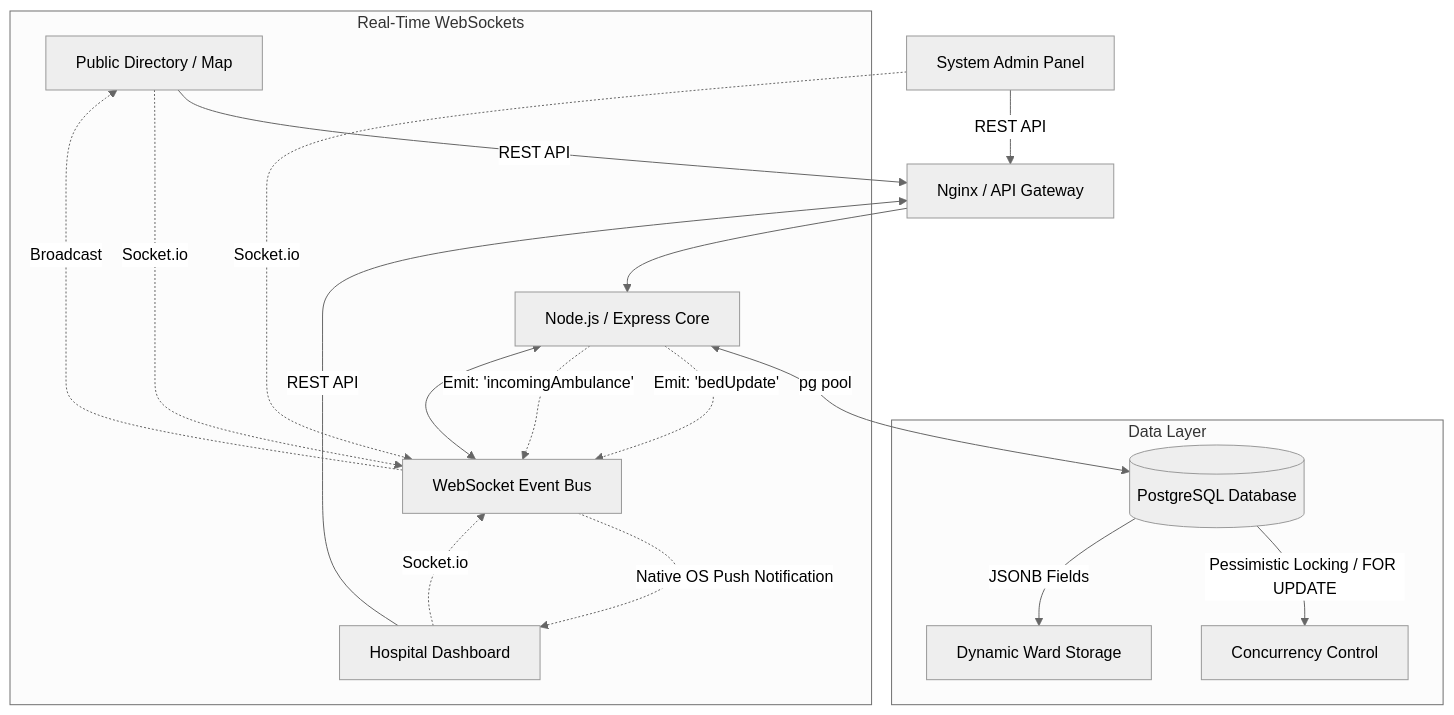
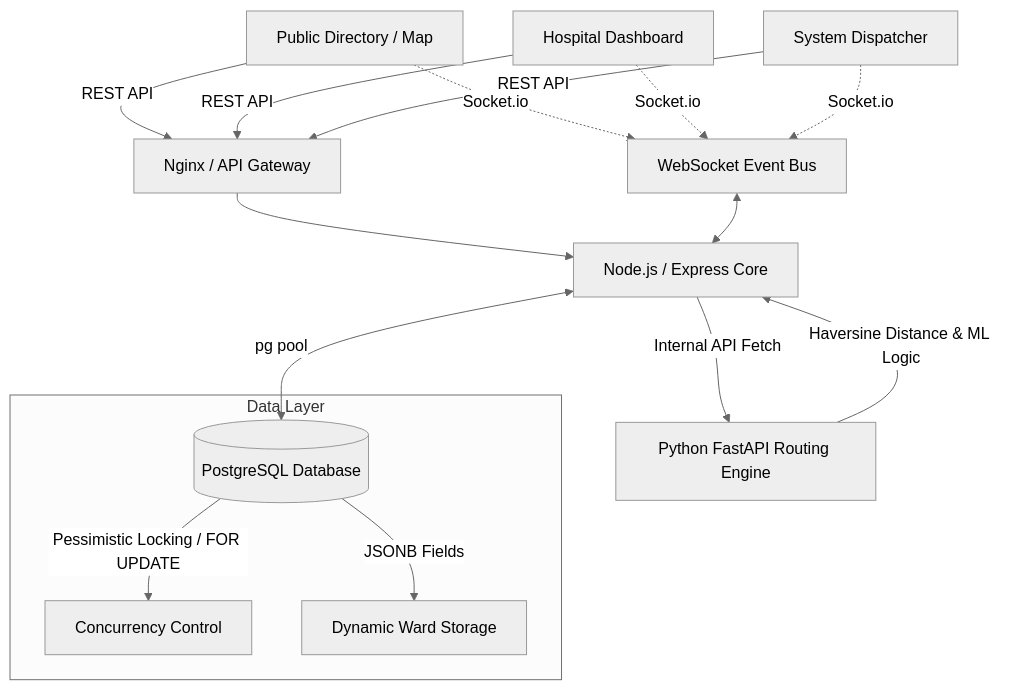
The diagram in docs/architecture.md (rid-coder-70/hospital-bed-system), drawn with Mermaid (neutral theme) before and after one commit. The commit also changed other lines of this file, not shown here.

Commit message:
docs: Update architecture diagram to include AI microservice and rename SysAdmin to Dispatcher.

````diff
--- a/docs/architecture.md
+++ b/docs/architecture.md
@@ -9,33 +10,29 @@
 ```mermaid
 graph TD
     %% Core Frontends
     Patient[Public Directory / Map] --> |REST API| LoadBalancer[Nginx / API Gateway]
     HospitalAdmin[Hospital Dashboard] --> |REST API| LoadBalancer
-    SysAdmin[System Admin Panel] --> |REST API| LoadBalancer
+    Dispatcher[System Dispatcher] --> |REST API| LoadBalancer
 
     %% Real-Time Events
     Patient -.-> |Socket.io| WSS[WebSocket Event Bus]
     HospitalAdmin -.-> |Socket.io| WSS
-    SysAdmin -.-> |Socket.io| WSS
+    Dispatcher -.-> |Socket.io| WSS
 
     %% Backend Services
     LoadBalancer --> NodeServer[Node.js / Express Core]
     WSS <--> NodeServer
+    
+    %% AI Microservice
+    NodeServer --> |Internal API Fetch| AIService[Python FastAPI Routing Engine]
+    AIService --> |Haversine Distance & ML Logic| NodeServer
 
     %% Data Layer
     NodeServer <--> |pg pool| Postgres[(PostgreSQL Database)]
 
     %% Internal Data Modules
     subgraph Data Layer
         Postgres --> |Pessimistic Locking / FOR UPDATE| Concurrency[Concurrency Control]
         Postgres --> |JSONB Fields| DynamicWards[Dynamic Ward Storage]
     end
-
-    %% Event Specifics
-    subgraph Real-Time WebSockets
-        NodeServer -.-> |Emit: 'bedUpdate'| WSS
-        WSS -.-> |Broadcast| Patient
-        NodeServer -.-> |Emit: 'incomingAmbulance'| WSS
-        WSS -.-> |Native OS Push Notification| HospitalAdmin
-    end
 ```
````
